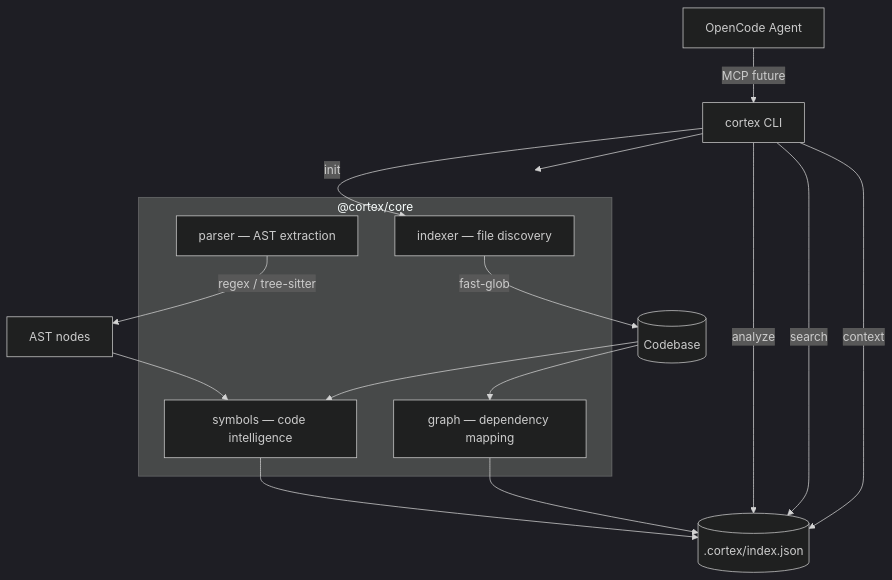
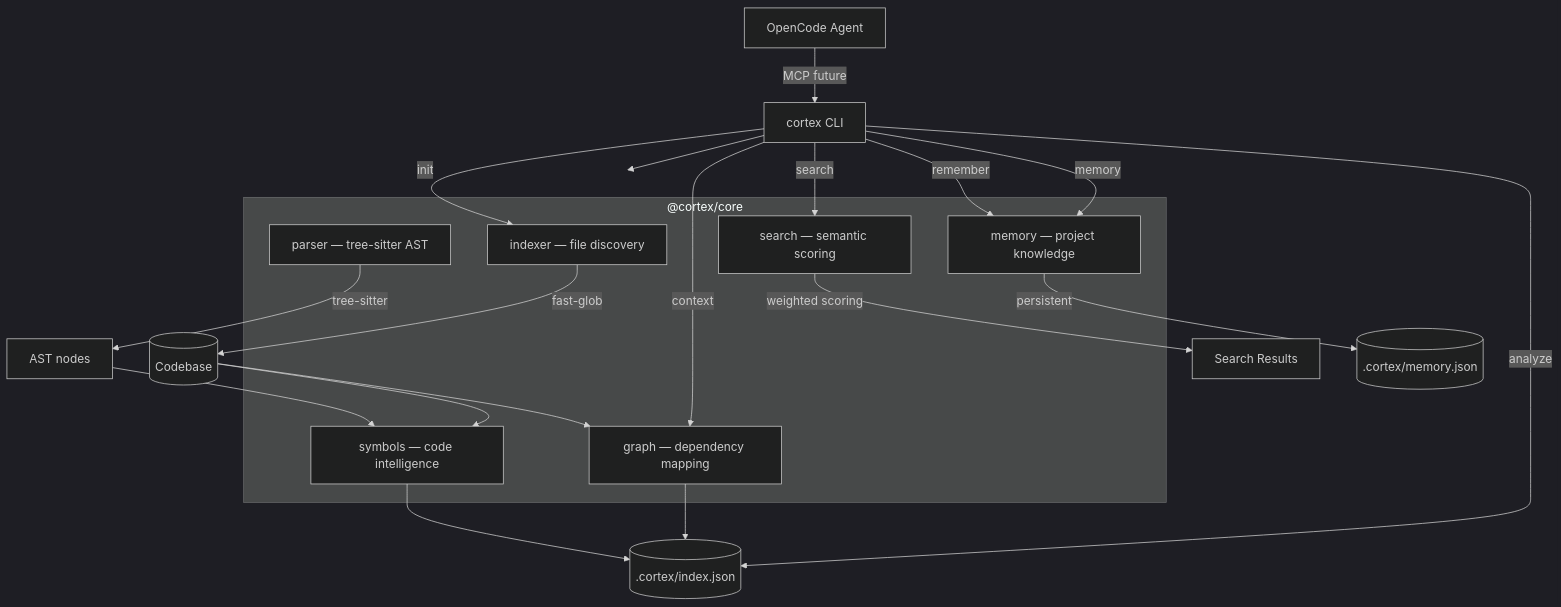
The diagram in README.md (benogoulart/Cortex), drawn with Mermaid (dark theme) before and after one commit. The commit also changed other lines of this file and 8 other files, not shown here.

````diff
--- a/README.md
+++ b/README.md
@@ -198,26 +265,32 @@
 ```mermaid
 graph TD
     CLI["cortex CLI"] --> Core["@cortex/core"]
 
     subgraph Core["@cortex/core"]
         Indexer["indexer — file discovery"]
-        Parser["parser — AST extraction"]
+        Parser["parser — tree-sitter AST"]
         Symbols["symbols — code intelligence"]
         Graph["graph — dependency mapping"]
+        Search["search — semantic scoring"]
+        Memory["memory — project knowledge"]
     end
 
     Indexer --> |fast-glob| Files[("Codebase")]
-    Parser --> |regex / tree-sitter| AST["AST nodes"]
+    Parser --> |tree-sitter| AST["AST nodes"]
     AST --> Symbols
     Files --> Symbols
     Symbols --> Index[(".cortex/index.json")]
     Files --> Graph
     Graph --> Index
+    Search --> |weighted scoring| Results["Search Results"]
+    Memory --> |persistent| MemoryStore[(".cortex/memory.json")]
 
     CLI --> |init| Indexer
     CLI --> |analyze| Index
-    CLI --> |search| Index
-    CLI --> |context| Index
+    CLI --> |search| Search
+    CLI --> |context| Graph
+    CLI --> |remember| Memory
+    CLI --> |memory| Memory
 
     OpenCode["OpenCode Agent"] --> |MCP future| CLI
 ```
````
